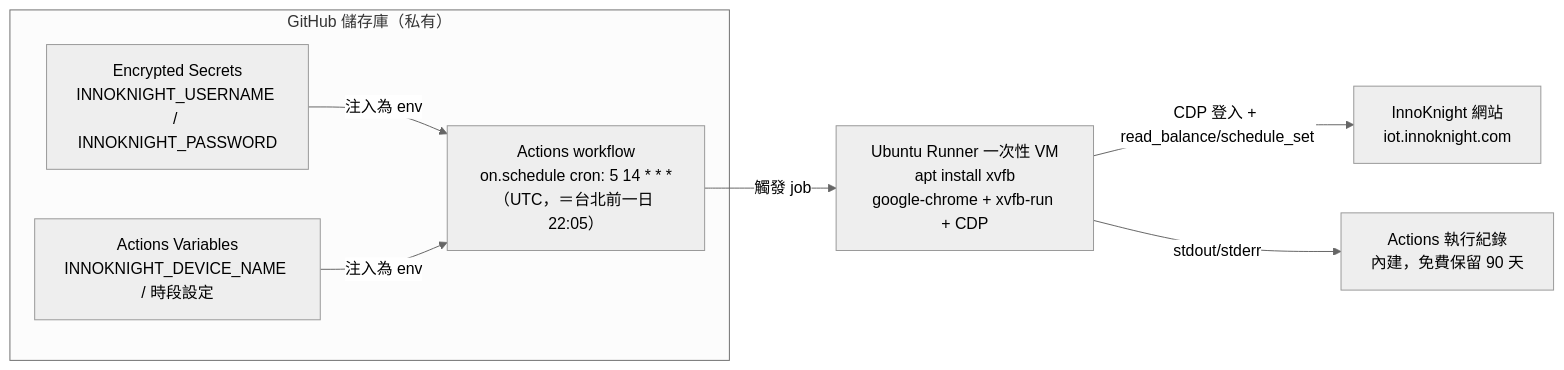
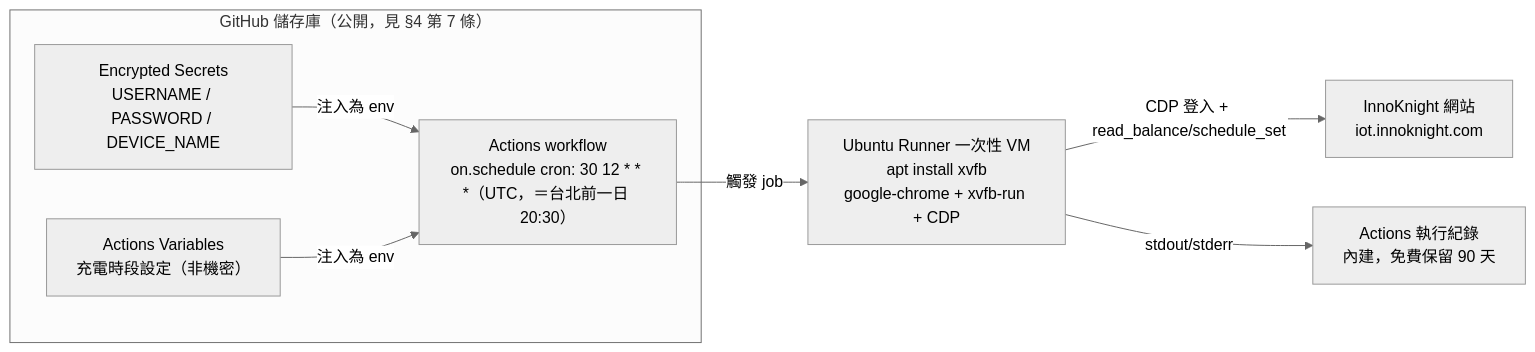
One commit to swchen44/innoknight-charging-person changed the first of 3 diagrams in docs/design.md. Above: the diagram before and after it, drawn with Mermaid (neutral theme). The commit also changed other lines of this file and 4 other files, not shown here.

````diff
--- a/docs/design.md
+++ b/docs/design.md
@@ -50,17 +50,17 @@
 ```mermaid
 flowchart LR
-    subgraph GH[GitHub 儲存庫（私有）]
-        SEC[Encrypted Secrets<br/>INNOKNIGHT_USERNAME / INNOKNIGHT_PASSWORD]
-        VAR[Actions Variables<br/>INNOKNIGHT_DEVICE_NAME / 時段設定]
-        WF["Actions workflow<br/>on.schedule cron: 5 14 * * *（UTC，＝台北前一日 22:05）"]
+    subgraph GH[GitHub 儲存庫（公開，見 §4 第 7 條）]
+        SEC[Encrypted Secrets<br/>USERNAME / PASSWORD / DEVICE_NAME]
+        VAR[Actions Variables<br/>充電時段設定（非機密）]
+        WF["Actions workflow<br/>on.schedule cron: 30 12 * * *（UTC，＝台北前一日 20:30）"]
     end
     RUNNER[Ubuntu Runner 一次性 VM<br/>apt install xvfb<br/>google-chrome + xvfb-run + CDP]
     IK[InnoKnight 網站<br/>iot.innoknight.com]
     LOG[Actions 執行紀錄<br/>內建，免費保留 90 天]
 
     SEC -->|注入為 env| WF
     VAR -->|注入為 env| WF
     WF -->|觸發 job| RUNNER
     RUNNER -->|CDP 登入 + read_balance/schedule_set| IK
     RUNNER -->|stdout/stderr| LOG
 ```
````
